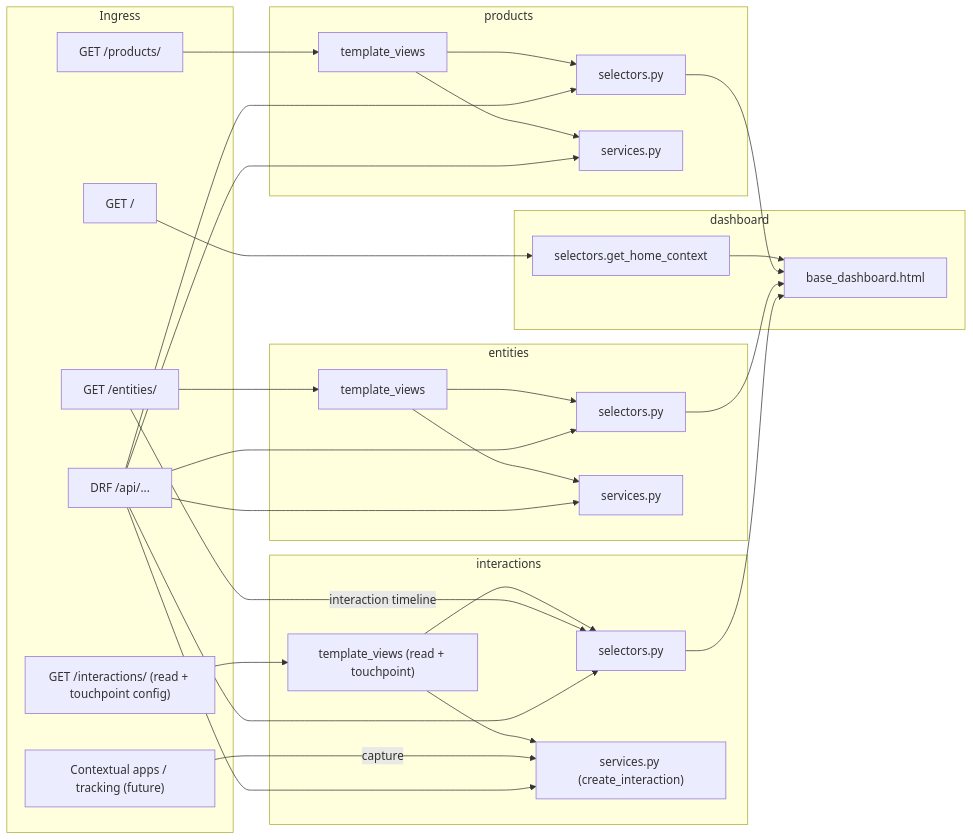
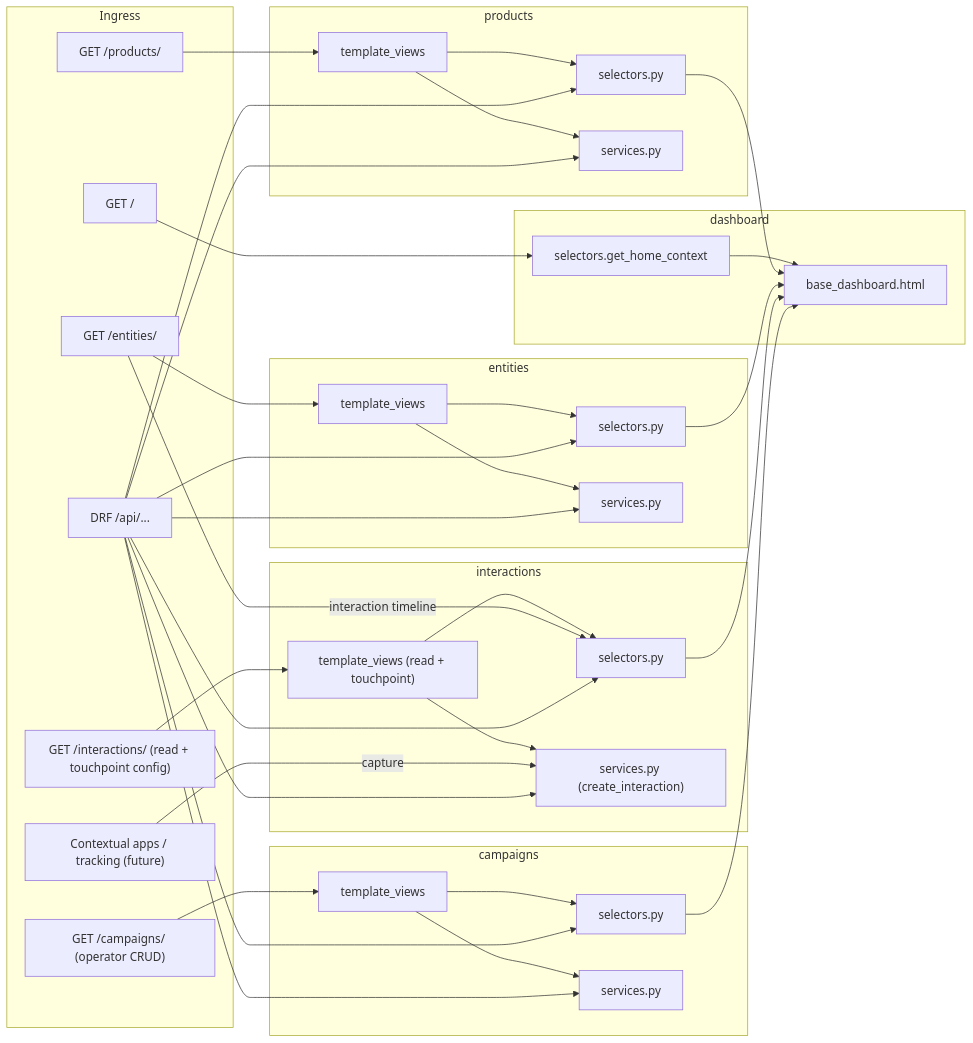
The diagram in docs/consolidation/FRONTEND_CONSOLIDATION.md (josedante/BackboneOS), drawn with Mermaid before and after one commit. The commit also changed other lines of this file and 18 other files, not shown here.

````diff
--- a/docs/consolidation/FRONTEND_CONSOLIDATION.md
+++ b/docs/consolidation/FRONTEND_CONSOLIDATION.md
@@ -456,45 +548,55 @@
 ```mermaid
 flowchart LR
   subgraph ingress [Ingress]
     Home["GET /"]
     ProductsUI["GET /products/"]
     EntitiesUI["GET /entities/"]
     InteractionsUI["GET /interactions/ (read + touchpoint config)"]
+    CampaignsUI["GET /campaigns/ (operator CRUD)"]
     ContextualApps["Contextual apps / tracking (future)"]
     API["DRF /api/..."]
   end
   subgraph dashboard_app [dashboard]
     SelD["selectors.get_home_context"]
     Base["base_dashboard.html"]
   end
   subgraph products_app [products]
     TVP["template_views"]
     SelP["selectors.py"]
     SvcP["services.py"]
   end
   subgraph entities_app [entities]
     TVE["template_views"]
     SelE["selectors.py"]
     SvcE["services.py"]
   end
   subgraph interactions_app [interactions]
     TVI["template_views (read + touchpoint)"]
     SelI["selectors.py"]
     SvcI["services.py (create_interaction)"]
   end
+  subgraph campaigns_app [campaigns]
+    TVC["template_views"]
+    SelC["selectors.py"]
+    SvcC["services.py"]
+  end
   Home --> SelD --> Base
   ProductsUI --> TVP --> SelP --> Base
   EntitiesUI --> TVE --> SelE --> Base
   InteractionsUI --> TVI --> SelI --> Base
+  CampaignsUI --> TVC --> SelC --> Base
+  TVC --> SvcC
   TVP --> SvcP
   TVE --> SvcE
   TVI --> SvcI
   EntitiesUI -->|"interaction timeline"| SelI
   ContextualApps -->|"capture"| SvcI
   API --> SelP
   API --> SvcP
   API --> SelE
   API --> SvcE
   API --> SelI
   API --> SvcI
+  API --> SelC
+  API --> SvcC
 ```
````
